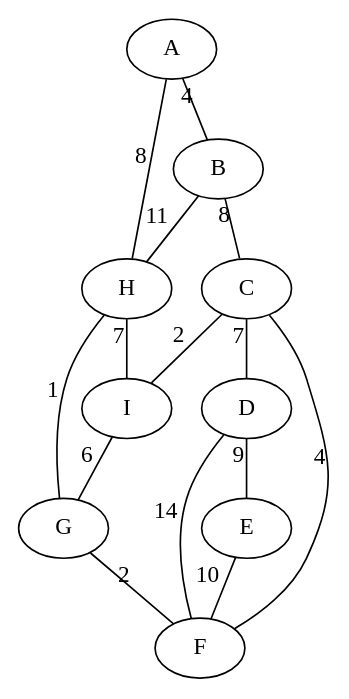
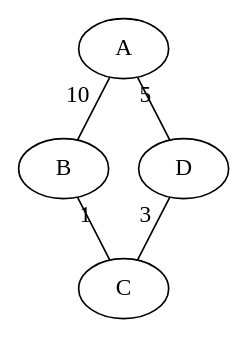
Before and after one commit to houcy/AAnim: the diagram in practice/graph_blueprint.gv, drawn with Graphviz. The commit also changed 8 other files, not shown here.

Commit message:
MOD: Graph and Code

```diff
--- a/practice/graph_blueprint.gv
+++ b/practice/graph_blueprint.gv
@@ -1,16 +1,6 @@
 graph G {
-	A -- B [xlabel=4]
-	A -- H [xlabel=8]
-	B -- C [xlabel=8]
-	B -- H [xlabel=11]
-	C -- D [xlabel=7]
-	C -- I [xlabel=2]
-	C -- F [xlabel=4]
-	I -- G [xlabel=6]
-	G -- F [xlabel=2]
-	D -- F [xlabel=14]
-	D -- E [xlabel=9]
-	E -- F [xlabel=10]
-	H -- G [xlabel=1]
-	H -- I [xlabel=7]
+    A -- B [xlabel=10]
+    A -- D [xlabel=5]
+    B -- C [xlabel=1]
+    D -- C [xlabel=3]
 }
```
